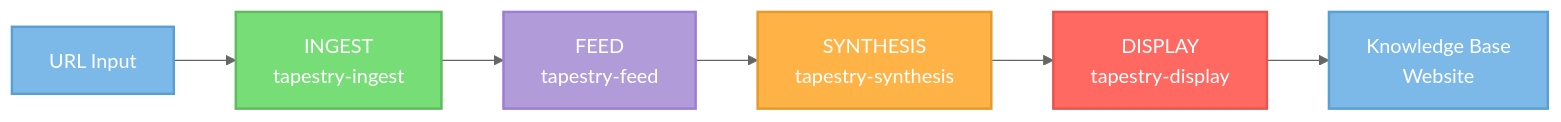
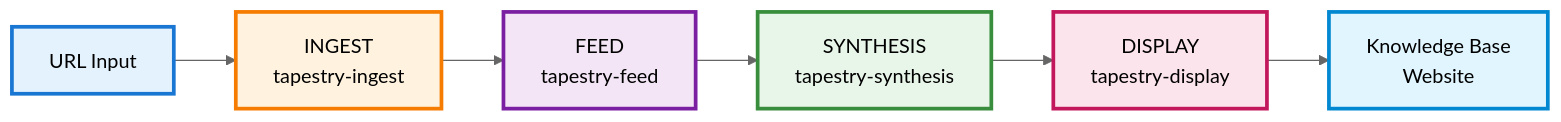
The third of 4 diagrams in README.md (NatsuFox/Tapestry), drawn with Mermaid (neutral theme) before and after one commit. The commit also changed other lines of this file, not shown here.

````diff
--- a/README.md
+++ b/README.md
@@ -724,15 +724,15 @@
 ```mermaid
 flowchart LR
     A[URL Input] --> B[INGEST<br/>tapestry-ingest]
     B --> C[FEED<br/>tapestry-feed]
     C --> D[SYNTHESIS<br/>tapestry-synthesis]
     D --> E[DISPLAY<br/>tapestry-display]
     E --> F[Knowledge Base<br/>Website]
 
-    style A fill:#7CB9E8,stroke:#5A9FD4,stroke-width:2px,color:#fff
-    style B fill:#77DD77,stroke:#5FBB5F,stroke-width:2px,color:#fff
-    style C fill:#B19CD9,stroke:#9B7FD1,stroke-width:2px,color:#fff
-    style D fill:#FFB347,stroke:#E69A2E,stroke-width:2px,color:#fff
-    style E fill:#FF6961,stroke:#E65550,stroke-width:2px,color:#fff
-    style F fill:#7CB9E8,stroke:#5A9FD4,stroke-width:2px,color:#fff
+    style A fill:#e3f2fd,stroke:#1976d2,stroke-width:3px,color:#000
+    style B fill:#fff3e0,stroke:#f57c00,stroke-width:3px,color:#000
+    style C fill:#f3e5f5,stroke:#7b1fa2,stroke-width:3px,color:#000
+    style D fill:#e8f5e9,stroke:#388e3c,stroke-width:3px,color:#000
+    style E fill:#fce4ec,stroke:#c2185b,stroke-width:3px,color:#000
+    style F fill:#e1f5ff,stroke:#0288d1,stroke-width:3px,color:#000
 ```
````
